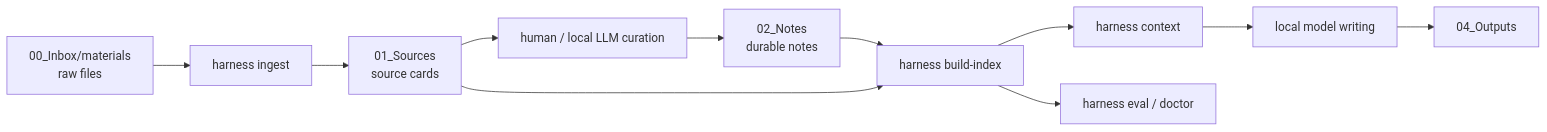
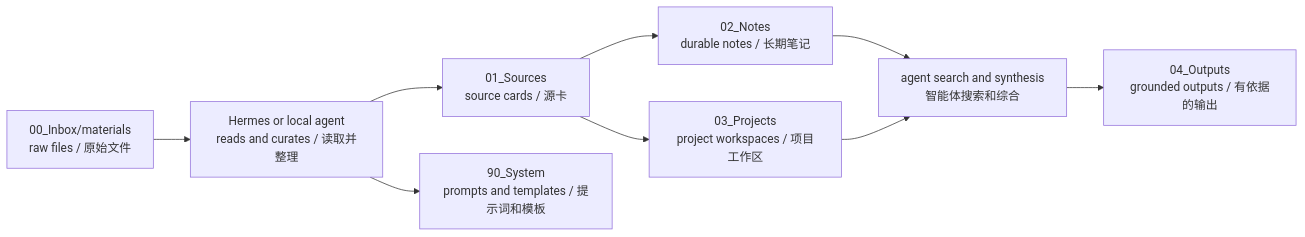
Before and after one commit to TongRao/wikiR: the diagram in 90_System/ARCHITECTURE.md, drawn with Mermaid. The commit also changed other lines of this file and 23 other files, not shown here.

First line of the commit message:
Refactor wikiR architecture and remove harness components

````diff
--- a/90_System/ARCHITECTURE.md
+++ b/90_System/ARCHITECTURE.md
@@ -15,13 +15,11 @@
 ```mermaid
 flowchart LR
-  A["00_Inbox/materials<br/>raw files"] --> B["harness ingest"]
-  B --> C["01_Sources<br/>source cards"]
-  C --> D["human / local LLM curation"]
-  D --> E["02_Notes<br/>durable notes"]
-  E --> F["harness build-index"]
-  C --> F
-  F --> G["harness context"]
-  G --> H["local model writing"]
-  H --> I["04_Outputs"]
-  F --> J["harness eval / doctor"]
+  A["00_Inbox/materials<br/>raw files / 原始文件"] --> B["Hermes or local agent<br/>reads and curates / 读取并整理"]
+  B --> C["01_Sources<br/>source cards / 源卡"]
+  C --> D["02_Notes<br/>durable notes / 长期笔记"]
+  C --> E["03_Projects<br/>project workspaces / 项目工作区"]
+  D --> F["agent search and synthesis<br/>智能体搜索和综合"]
+  E --> F
+  F --> G["04_Outputs<br/>grounded outputs / 有依据的输出"]
+  B --> H["90_System<br/>prompts and templates / 提示词和模板"]
 ```
````
